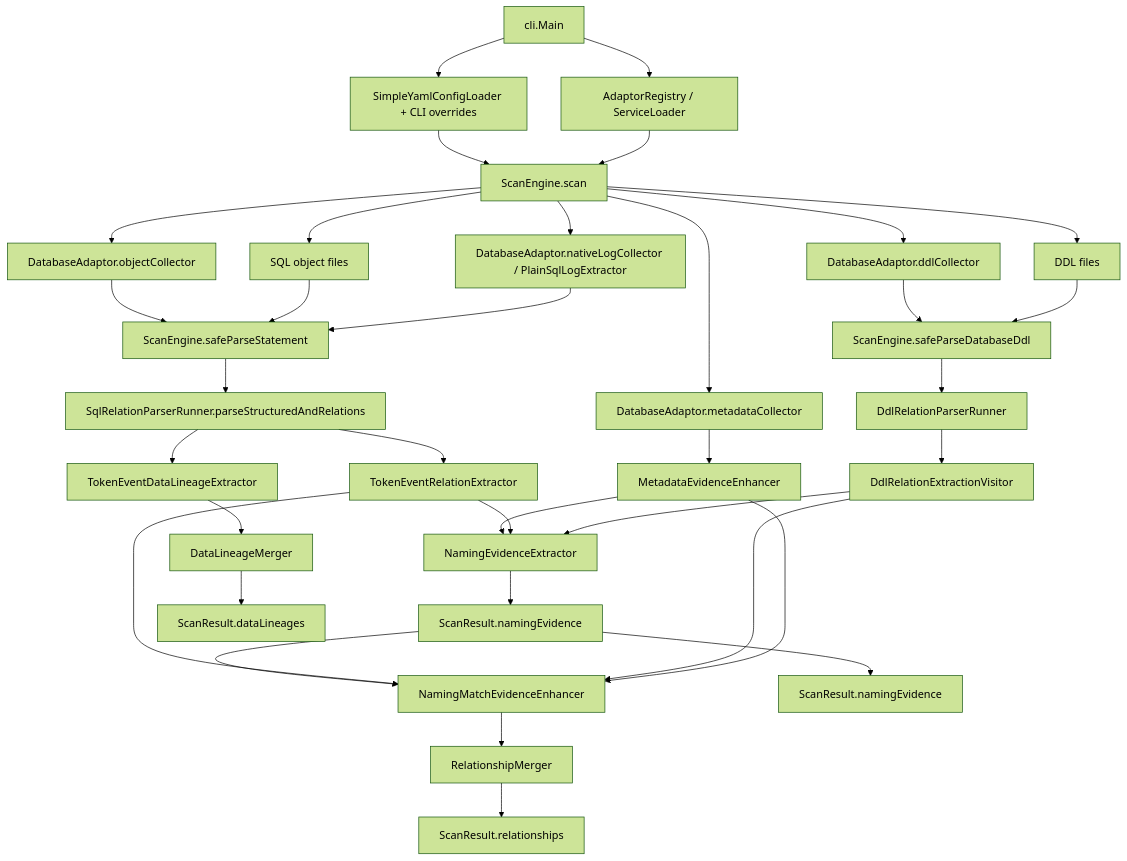
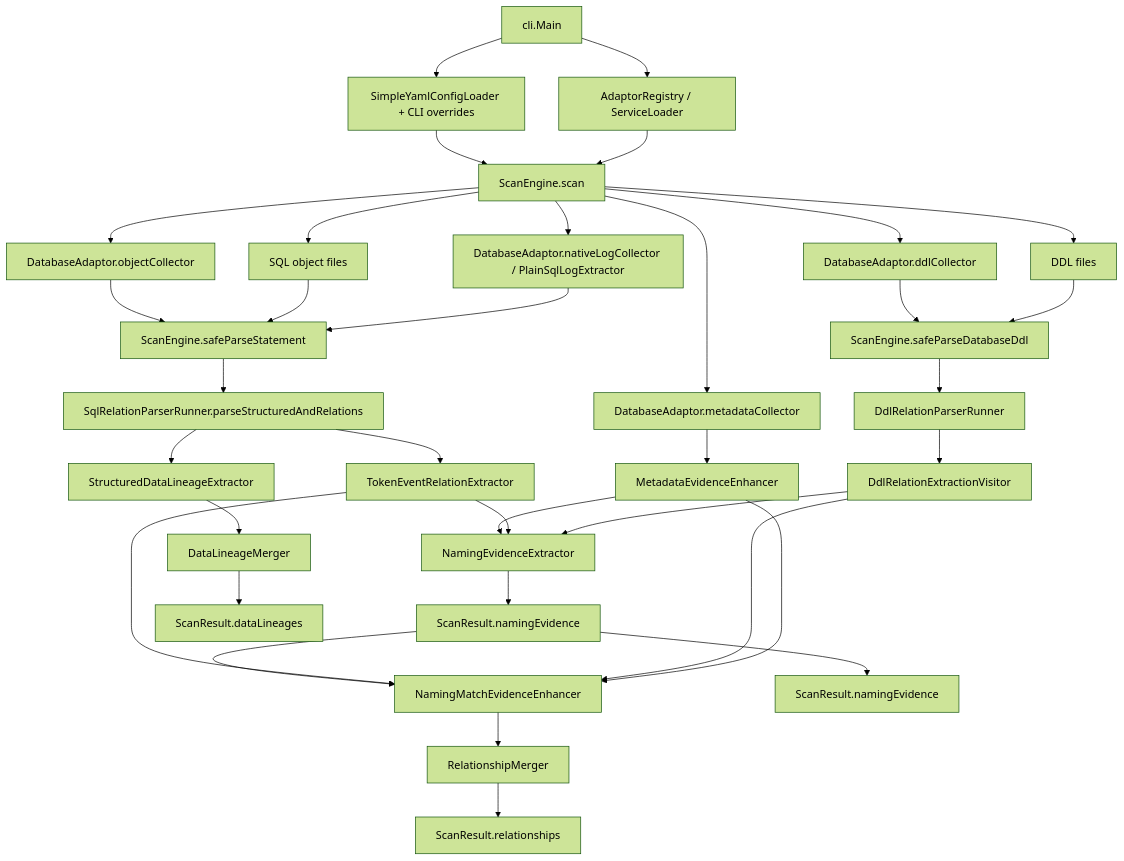
Before and after one commit to xiaoguang/relation-detector: the second of 7 diagrams in docs/design/relation-detector/phase-06-parser-enhancement.md, drawn with Mermaid (forest theme). The commit also changed other lines of this file and 15 other files, not shown here.

````diff
--- a/docs/design/relation-detector/phase-06-parser-enhancement.md
+++ b/docs/design/relation-detector/phase-06-parser-enhancement.md
@@ -276,48 +276,48 @@
 ```mermaid
 flowchart TD
   entry["cli.Main"]
   config["SimpleYamlConfigLoader + CLI overrides"]
   registry["AdaptorRegistry / ServiceLoader<DatabaseAdaptor>"]
   engine["ScanEngine.scan"]
 
   entry --> config
   entry --> registry
   config --> engine
   registry --> engine
 
   engine --> meta["DatabaseAdaptor.metadataCollector"]
   engine --> dbDdl["DatabaseAdaptor.ddlCollector"]
   engine --> obj["DatabaseAdaptor.objectCollector"]
   engine --> log["DatabaseAdaptor.nativeLogCollector / PlainSqlLogExtractor"]
   engine --> fileDdl["DDL files"]
   engine --> objectFiles["SQL object files"]
 
   meta --> enhancer["MetadataEvidenceEnhancer"]
   dbDdl --> ddlSafe["ScanEngine.safeParseDatabaseDdl"]
   fileDdl --> ddlSafe
   obj --> sqlSafe["ScanEngine.safeParseStatement"]
   objectFiles --> sqlSafe
   log --> sqlSafe
 
   ddlSafe --> ddlRunner["DdlRelationParserRunner"]
   sqlSafe --> sqlParsed["SqlRelationParserRunner.parseStructuredAndRelations"]
 
-  sqlParsed --> lineageExtractor["TokenEventDataLineageExtractor"]
+  sqlParsed --> lineageExtractor["StructuredDataLineageExtractor"]
   sqlParsed --> relationExtractor["TokenEventRelationExtractor"]
   ddlRunner --> ddlExtractor["DdlRelationExtractionVisitor"]
 
   enhancer --> namingExtractor["NamingEvidenceExtractor"]
   relationExtractor --> namingExtractor
   ddlExtractor --> namingExtractor
   namingExtractor --> namingPool["ScanResult.namingEvidence"]
   namingPool --> namingEnhancer["NamingMatchEvidenceEnhancer"]
   relationExtractor --> namingEnhancer
   ddlExtractor --> namingEnhancer
   enhancer --> namingEnhancer
   namingEnhancer --> relMerge["RelationshipMerger"]
   lineageExtractor --> lineageMerge["DataLineageMerger"]
 
   relMerge --> result["ScanResult.relationships"]
   lineageMerge --> result2["ScanResult.dataLineages"]
   namingPool --> result3["ScanResult.namingEvidence"]
 ```
````
